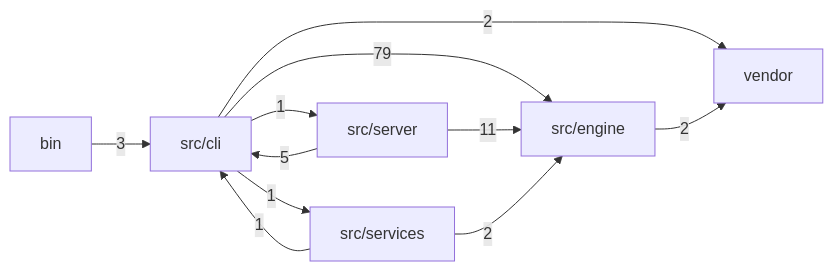
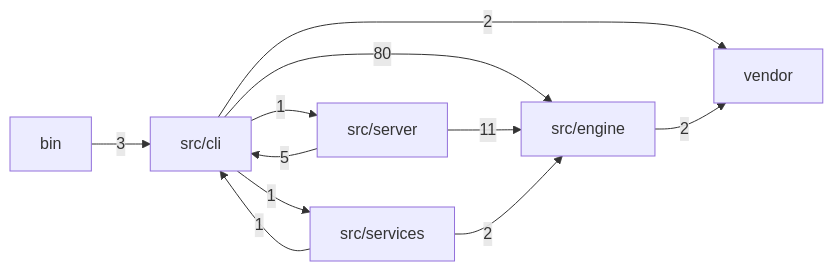
The first of 2 diagrams in docs/MODULES.md (mgillr/memev), drawn with Mermaid before and after one commit. The commit also changed other lines of this file and 4 other files, not shown here.

````diff
--- a/docs/MODULES.md
+++ b/docs/MODULES.md
@@ -11,19 +11,19 @@
 ```mermaid
 flowchart LR
   bin["bin"]
   cli["src/cli"]
   engine["src/engine"]
   server["src/server"]
   services["src/services"]
   vendor["vendor"]
   bin -->|"3"| cli
-  cli -->|"79"| engine
+  cli -->|"80"| engine
   cli -->|"1"| server
   cli -->|"1"| services
   cli -->|"2"| vendor
   engine -->|"2"| vendor
   server -->|"5"| cli
   server -->|"11"| engine
   services -->|"1"| cli
   services -->|"2"| engine
 ```
````
